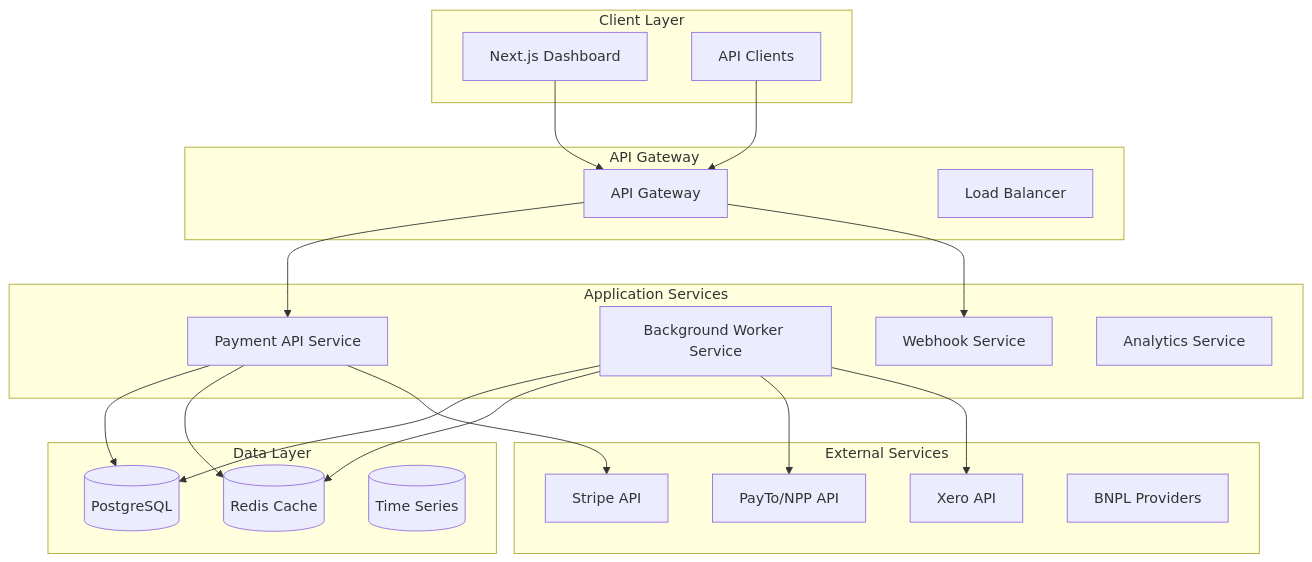
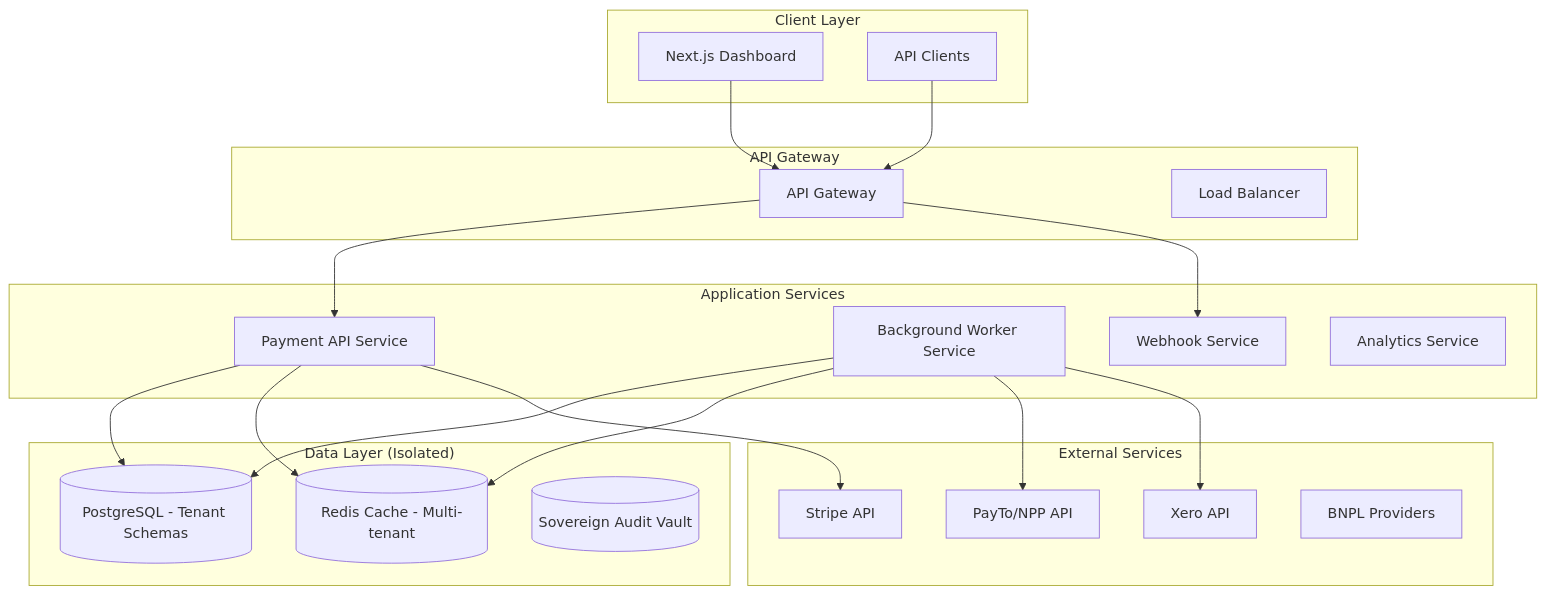
Before and after one commit to sambitmohanty1/payment-watchdog: the first of 16 diagrams in README.md, drawn with Mermaid. The commit also changed other lines of this file and 12 other files, not shown here.

````diff
--- a/README.md
+++ b/README.md
@@ -150,46 +158,46 @@
 ```mermaid
 graph TB
     subgraph "Client Layer"
         WEB[Next.js Dashboard]
         API_CLIENTS[API Clients]
     end
     
     subgraph "API Gateway"
         GATEWAY[API Gateway]
         LB[Load Balancer]
     end
     
     subgraph "Application Services"
         API[Payment API Service]
         WORKER[Background Worker Service]
         WEBHOOK[Webhook Service]
         ANALYTICS[Analytics Service]
     end
     
-    subgraph "Data Layer"
-        POSTGRES[(PostgreSQL)]
-        REDIS[(Redis Cache)]
-        TIMESERIES[(Time Series)]
+    subgraph "Data Layer (Isolated)"
+        POSTGRES[(PostgreSQL - Tenant Schemas)]
+        REDIS[(Redis Cache - Multi-tenant)]
+        AUDIT[(Sovereign Audit Vault)]
     end
     
     subgraph "External Services"
         STRIPE[Stripe API]
         PAYTO[PayTo/NPP API]
         XERO[Xero API]
         BNPL[BNPL Providers]
     end
     
     WEB --> GATEWAY
     API_CLIENTS --> GATEWAY
     GATEWAY --> API
     GATEWAY --> WEBHOOK
     
     API --> POSTGRES
     API --> REDIS
     WORKER --> POSTGRES
     WORKER --> REDIS
     
     API --> STRIPE
     WORKER --> PAYTO
     WORKER --> XERO
 ```
````
